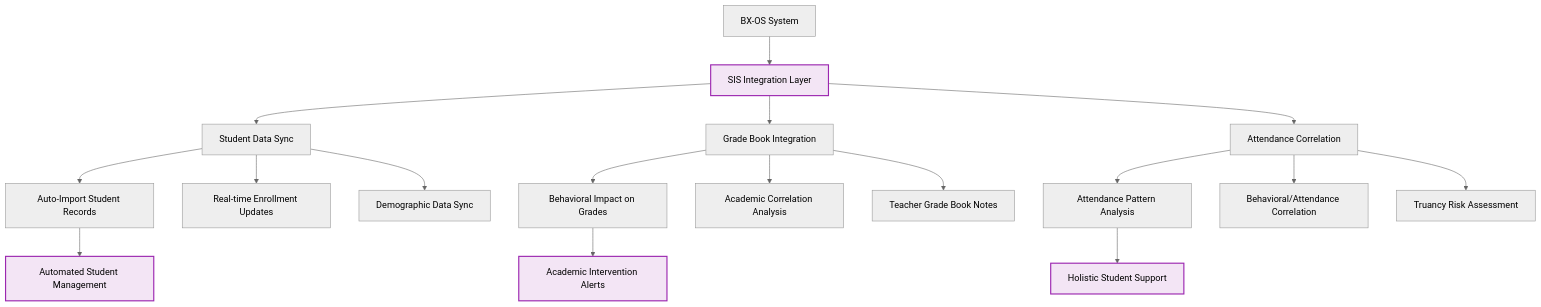
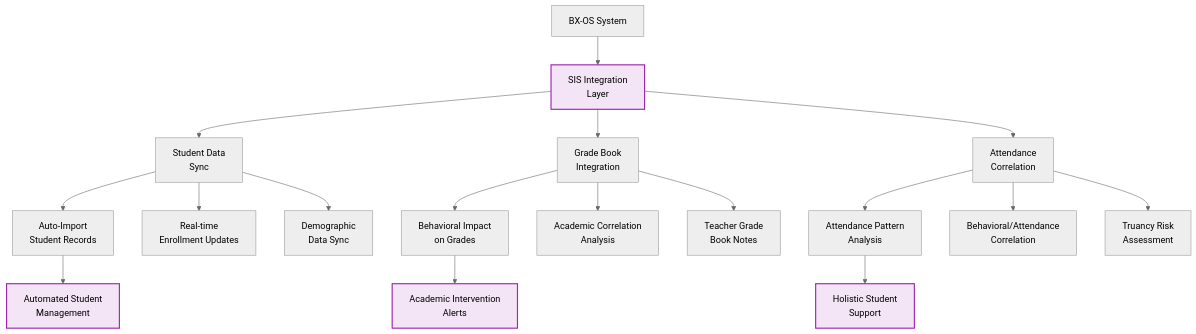
Before and after one commit to Splurfa/bx-os: the first of 6 diagrams in docs/flowcharts/Future-Vision/11-system-integration-architecture.md, drawn with Mermaid (neutral theme). The commit also changed 11 other files, not shown here.

Commit message:
Fix flowchart text wrapping

````diff
--- a/docs/flowcharts/Future-Vision/11-system-integration-architecture.md
+++ b/docs/flowcharts/Future-Vision/11-system-integration-architecture.md
@@ -7,28 +7,28 @@
 ```mermaid
 flowchart TD
-    A[BX-OS System] --> B[SIS Integration Layer]
-    B --> C[Student Data Sync]
-    B --> D[Grade Book Integration]
-    B --> E[Attendance Correlation]
+    A[BX-OS System] --> B[SIS Integration<br/>Layer]
+    B --> C[Student Data<br/>Sync]
+    B --> D[Grade Book<br/>Integration]
+    B --> E[Attendance<br/>Correlation]
     
-    C --> F[Auto-Import Student Records]
-    C --> G[Real-time Enrollment Updates]
-    C --> H[Demographic Data Sync]
+    C --> F[Auto-Import<br/>Student Records]
+    C --> G[Real-time<br/>Enrollment Updates]
+    C --> H[Demographic<br/>Data Sync]
     
-    D --> I[Behavioral Impact on Grades]
-    D --> J[Academic Correlation Analysis]
-    D --> K[Teacher Grade Book Notes]
+    D --> I[Behavioral Impact<br/>on Grades]
+    D --> J[Academic Correlation<br/>Analysis]
+    D --> K[Teacher Grade<br/>Book Notes]
     
-    E --> L[Attendance Pattern Analysis]
-    E --> M[Behavioral/Attendance Correlation]
-    E --> N[Truancy Risk Assessment]
+    E --> L[Attendance Pattern<br/>Analysis]
+    E --> M[Behavioral/Attendance<br/>Correlation]
+    E --> N[Truancy Risk<br/>Assessment]
     
-    F --> O[Automated Student Management]
-    I --> P[Academic Intervention Alerts]
-    L --> Q[Holistic Student Support]
+    F --> O[Automated Student<br/>Management]
+    I --> P[Academic Intervention<br/>Alerts]
+    L --> Q[Holistic Student<br/>Support]
     
     style B fill:#f3e5f5,stroke:#9c27b0,stroke-width:2px
     style O fill:#f3e5f5,stroke:#9c27b0,stroke-width:2px
     style P fill:#f3e5f5,stroke:#9c27b0,stroke-width:2px
     style Q fill:#f3e5f5,stroke:#9c27b0,stroke-width:2px
 ```
````
